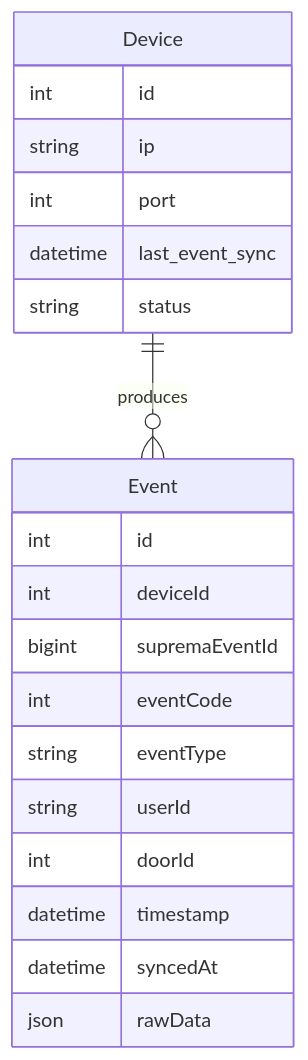
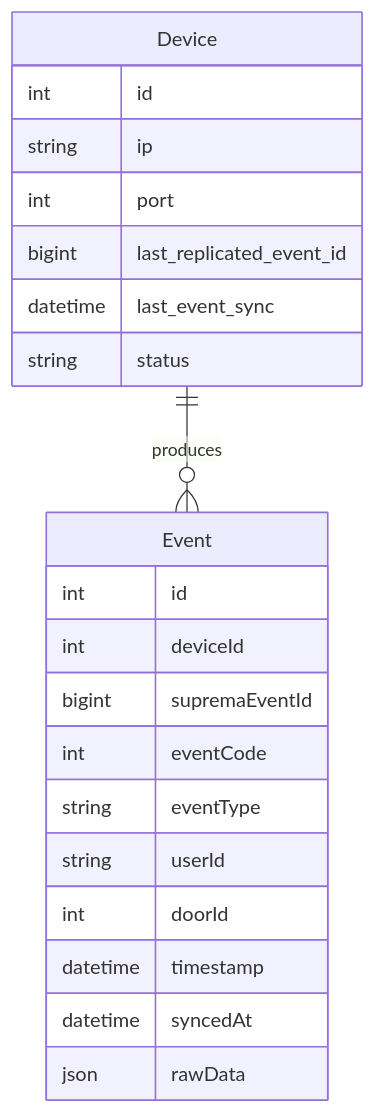
Before and after one commit to Elperry/Suprema_integration: the seventh of 7 diagrams in packages/backend/EVENT_REPLICATION_ARCHITECTURE.md, drawn with Mermaid. The commit also changed other lines of this file and 188 other files, not shown here.

````diff
--- a/packages/backend/EVENT_REPLICATION_ARCHITECTURE.md
+++ b/packages/backend/EVENT_REPLICATION_ARCHITECTURE.md
@@ -201,25 +201,26 @@
 ```mermaid
 erDiagram
     Device ||--o{ Event : produces
 
     Device {
         int id
         string ip
         int port
+        bigint last_replicated_event_id
         datetime last_event_sync
         string status
     }
 
     Event {
         int id
         int deviceId
         bigint supremaEventId
         int eventCode
         string eventType
         string userId
         int doorId
         datetime timestamp
         datetime syncedAt
         json rawData
     }
 ```
````
